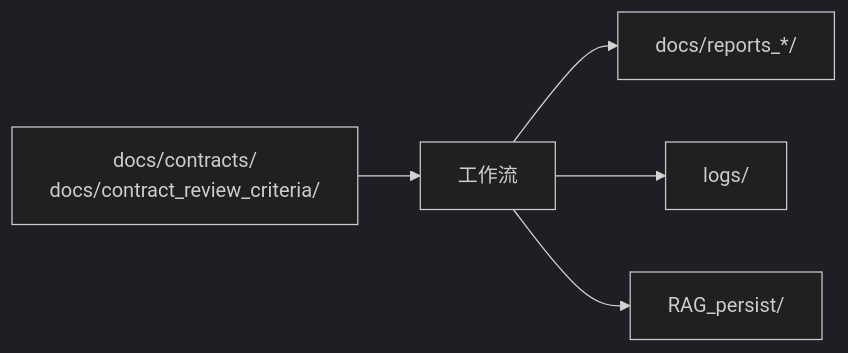
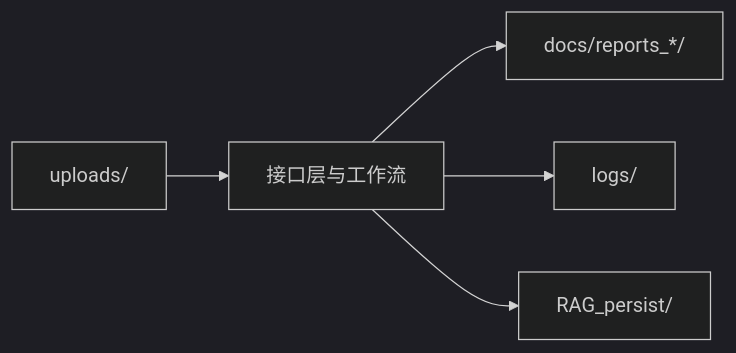
Before and after one commit to HoeTee/contract_agent: the sixth of 6 diagrams in project_intro/ARCHITECTURE.md, drawn with Mermaid (dark theme). The commit also changed other lines of this file and 106 other files, not shown here.

````diff
--- a/project_intro/ARCHITECTURE.md
+++ b/project_intro/ARCHITECTURE.md
@@ -284,12 +293,12 @@
 ```mermaid
 flowchart LR
-    Inputs[docs/contracts/<br/>docs/contract_review_criteria/]
+    Uploads[uploads/]
     Reports[docs/reports_*/]
     Logs[logs/]
     Rag[RAG_persist/]
 
-    Inputs --> Workflow[工作流]
-    Workflow --> Reports
-    Workflow --> Logs
-    Workflow --> Rag
+    Uploads --> APIState[接口层与工作流]
+    APIState --> Reports
+    APIState --> Logs
+    APIState --> Rag
 ```
````
